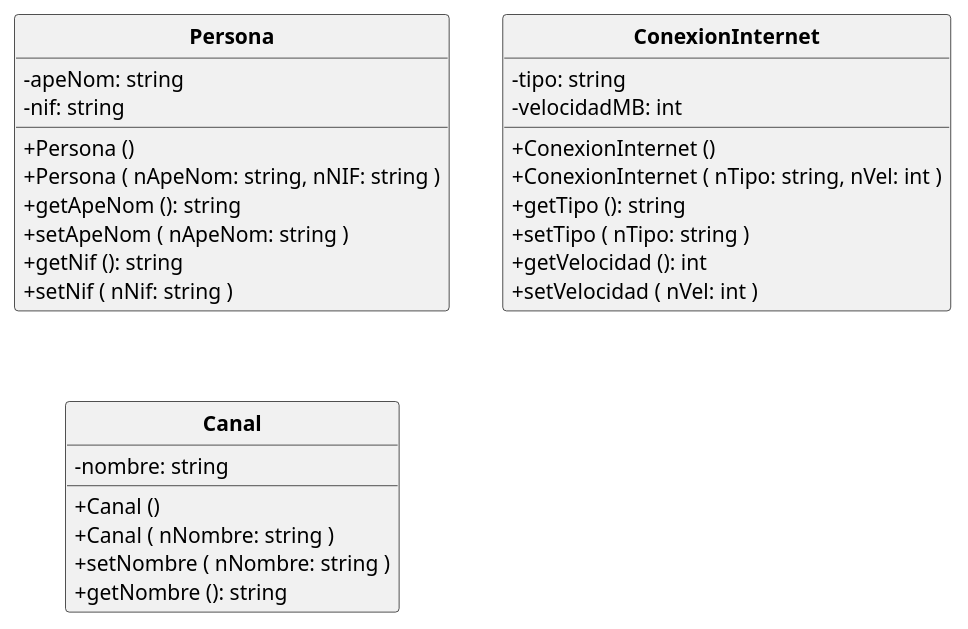
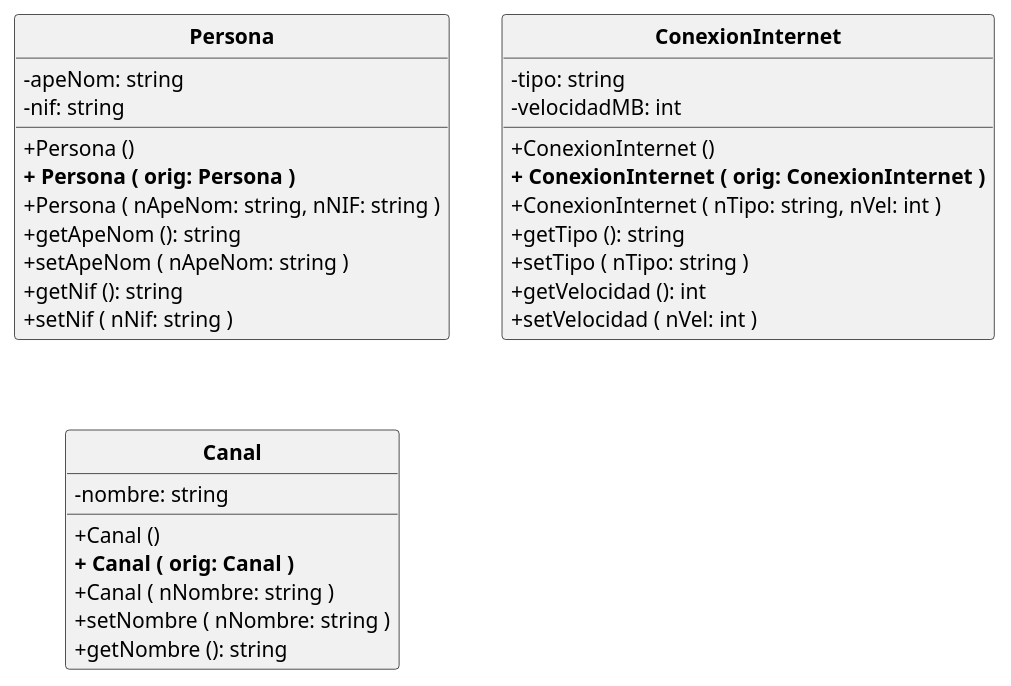
The diagram in PooFusion.puml (POOUJA/PooFusion), drawn with PlantUML before and after one commit. The commit also changed 1 other file, not shown here.

Commit message:
UML para la sesión 2_2
- Añadidos los diagramas en formato PlantUML y UMLet

```diff
--- a/PooFusion.puml
+++ b/PooFusion.puml
@@ -1,37 +1,40 @@
 @startuml
 
 hide circle
 skinparam classattributeiconsize 0
 skinparam classFontStyle bold
 
 class Persona {
  - apeNom: string
  - nif: string
  + Persona ()
+ <b>+ Persona ( orig: Persona )</b>
  + Persona ( nApeNom: string, nNIF: string )
  + getApeNom (): string
  + setApeNom ( nApeNom: string )
  + getNif (): string
  + setNif ( nNif: string )
 }
 
 class ConexionInternet {
  - tipo: string
  - velocidadMB: int
  + ConexionInternet ()
+ <b>+ ConexionInternet ( orig: ConexionInternet )</b>
  + ConexionInternet ( nTipo: string, nVel: int )
  + getTipo (): string
  + setTipo ( nTipo: string )
  + getVelocidad (): int
  + setVelocidad ( nVel: int )
 }
 
 class Canal {
  - nombre: string
  + Canal ()
+ <b>+ Canal ( orig: Canal )</b>
  + Canal ( nNombre: string )
  + setNombre ( nNombre: string )
  + getNombre (): string
 }
 
 @enduml
```
